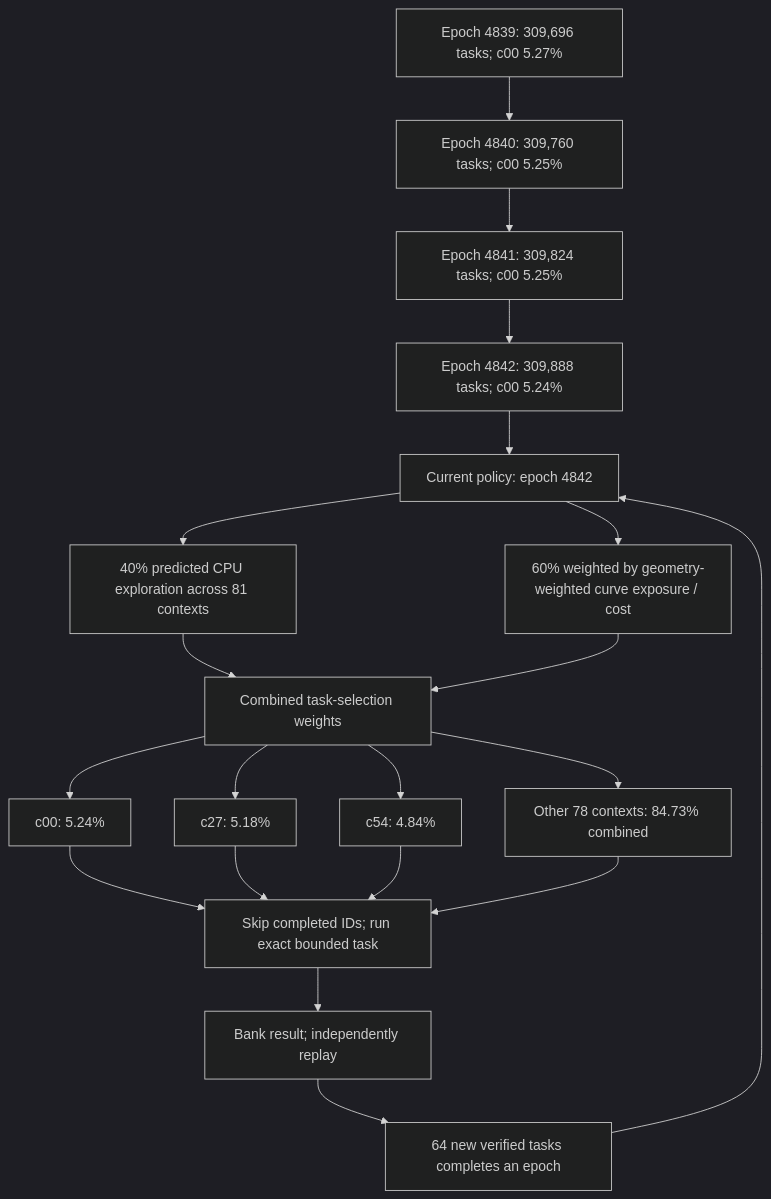
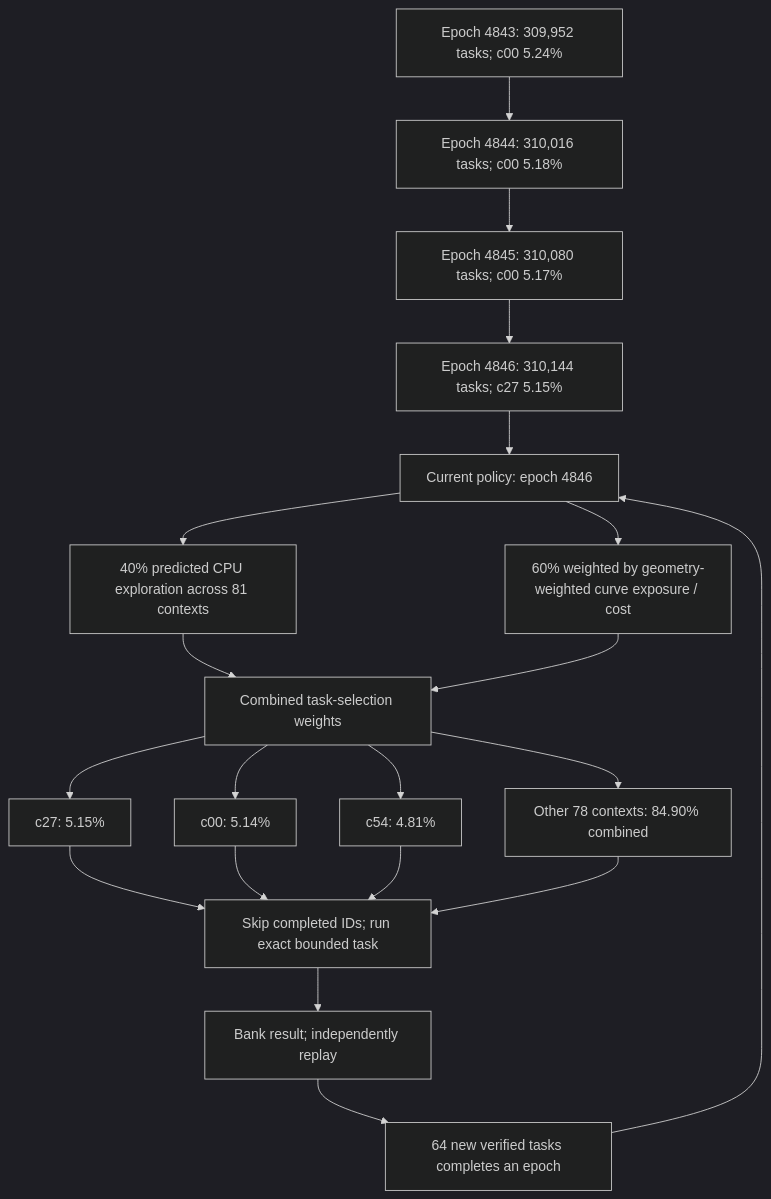
Before and after one commit to Kuberwastaken/math-gambling: the first of 3 diagrams in README.md, drawn with Mermaid (dark theme). The commit also changed other lines of this file and 626 other files, not shown here.

````diff
--- a/README.md
+++ b/README.md
@@ -60,27 +60,27 @@
 ```mermaid
 flowchart TD
-    H0["Epoch 4839: 309,696 tasks; c00 5.27%"]
-    H1["Epoch 4840: 309,760 tasks; c00 5.25%"]
+    H0["Epoch 4843: 309,952 tasks; c00 5.24%"]
+    H1["Epoch 4844: 310,016 tasks; c00 5.18%"]
     H0 --> H1
-    H2["Epoch 4841: 309,824 tasks; c00 5.25%"]
+    H2["Epoch 4845: 310,080 tasks; c00 5.17%"]
     H1 --> H2
-    H3["Epoch 4842: 309,888 tasks; c00 5.24%"]
+    H3["Epoch 4846: 310,144 tasks; c27 5.15%"]
     H2 --> H3
-    Policy["Current policy: epoch 4842"]
+    Policy["Current policy: epoch 4846"]
     H3 --> Policy
     Policy --> Explore["40% predicted CPU exploration across 81 contexts"]
     Policy --> Cost["60% weighted by geometry-weighted curve exposure / cost"]
     Explore --> Mix["Combined task-selection weights"]
     Cost --> Mix
-    Mix --> C0["c00: 5.24%"]
-    Mix --> C1["c27: 5.18%"]
-    Mix --> C2["c54: 4.84%"]
-    Mix --> Rest["Other 78 contexts: 84.73% combined"]
+    Mix --> C0["c27: 5.15%"]
+    Mix --> C1["c00: 5.14%"]
+    Mix --> C2["c54: 4.81%"]
+    Mix --> Rest["Other 78 contexts: 84.90% combined"]
     C0 --> Check["Skip completed IDs; run exact bounded task"]
     C1 --> Check
     C2 --> Check
     Rest --> Check
     Check --> Replay["Bank result; independently replay"]
     Replay --> Gate["64 new verified tasks completes an epoch"]
     Gate --> Policy
 ```
````
